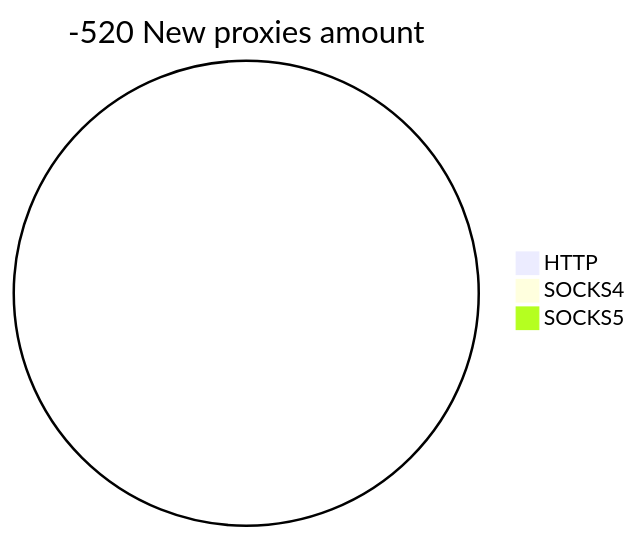
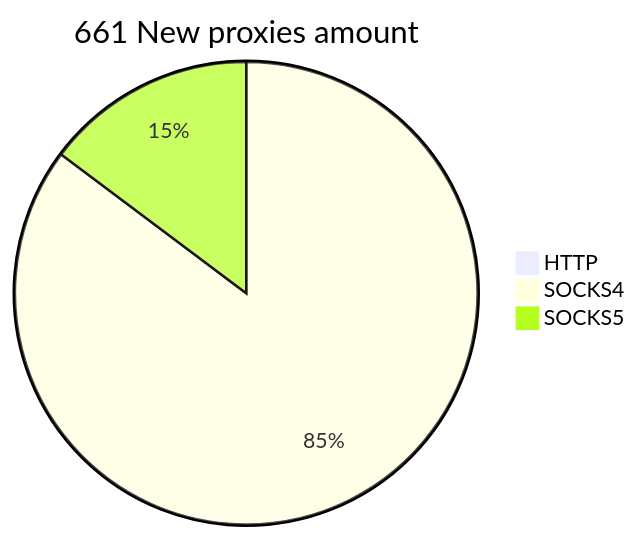
Before and after one commit to cutipu/proxylist: the second of 2 diagrams in README.md, drawn with Mermaid. The commit also changed other lines of this file, not shown here.

````diff
--- a/README.md
+++ b/README.md
@@ -10,6 +10,6 @@
 ```mermaid
-pie title -520 New proxies amount
+pie title 661 New proxies amount
     "HTTP" : 0
-    "SOCKS4" : 0
-    "SOCKS5" : 0
+    "SOCKS4" : 768
+    "SOCKS5" : 133
 ```
````
